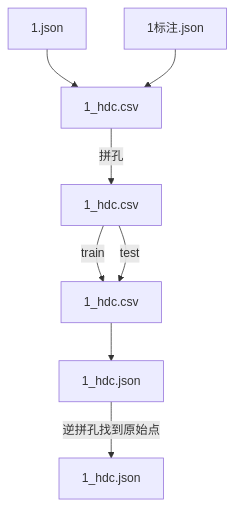
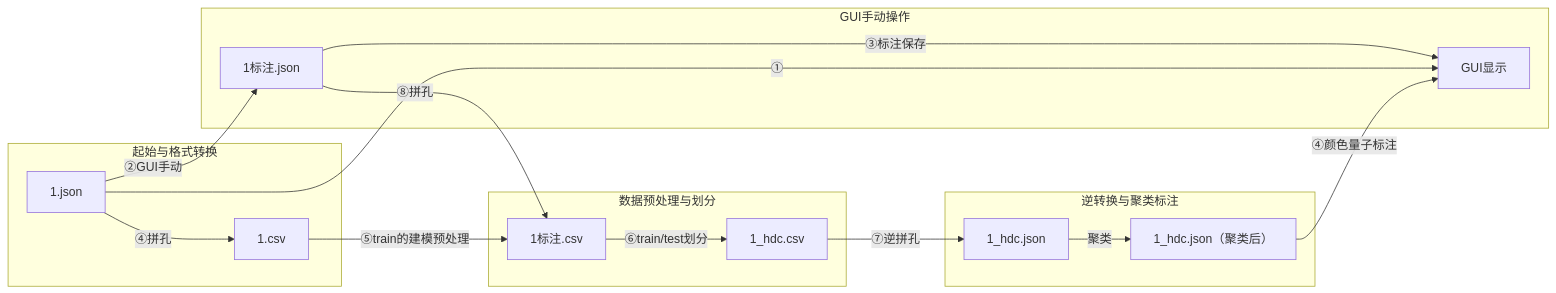
Before and after one commit to zhengmenglin/HDC: the diagram in docs/HDC算法需求.md, drawn with Mermaid. The commit also changed other lines of this file and 38 other files, not shown here.

````diff
--- a/docs/HDC算法需求.md
+++ b/docs/HDC算法需求.md
@@ -372,26 +369,21 @@
 ```mermaid
-flowchart TD
-    %% 起始文件节点
-    A[1.json]
-    B[1标注.json]
-    
-    %% 中间文件/处理节点
-    C[1_hdc.csv]
-   
-    E[1_hdc.csv]
- 
-  
-    H[1_hdc.csv]
-    I[1_hdc.json]
-
-    K[1_hdc.json]
-
-    %% 流转关系
-    A --> C
-    B --> C
-    C -->|拼孔| E
-    E -->|train| H
-    E -->|test| H
-    H --> I
-    I -->|逆拼孔找到原始点| K
+flowchart LR
+    subgraph 起始与格式转换
+        A[1.json] -->|④拼孔| B[1.csv]
+    end
+    subgraph GUI手动操作
+        A -->|②GUI手动| C[1标注.json]
+        C -->|③标注保存| I[GUI显示]
+        A -->|①| I
+    end
+    subgraph 数据预处理与划分
+        B -->|⑤train的建模预处理| D[1标注.csv]
+        C -->|⑧拼孔| D
+        D -->|⑥train/test划分| E[1_hdc.csv]
+    end
+    subgraph 逆转换与聚类标注
+        E -->|⑦逆拼孔| F[1_hdc.json]
+        F -->|聚类| G[1_hdc.json（聚类后）]
+        G -->|④颜色量子标注| I
+    end
 ```
````
